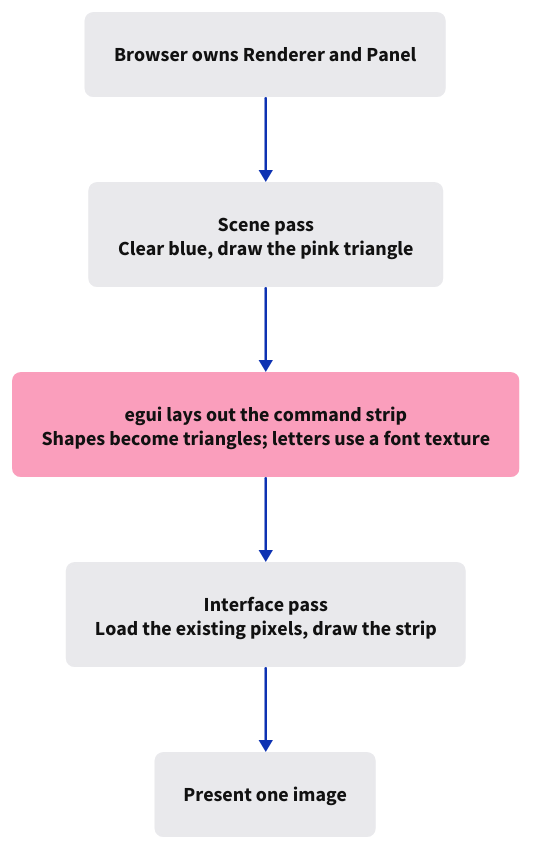
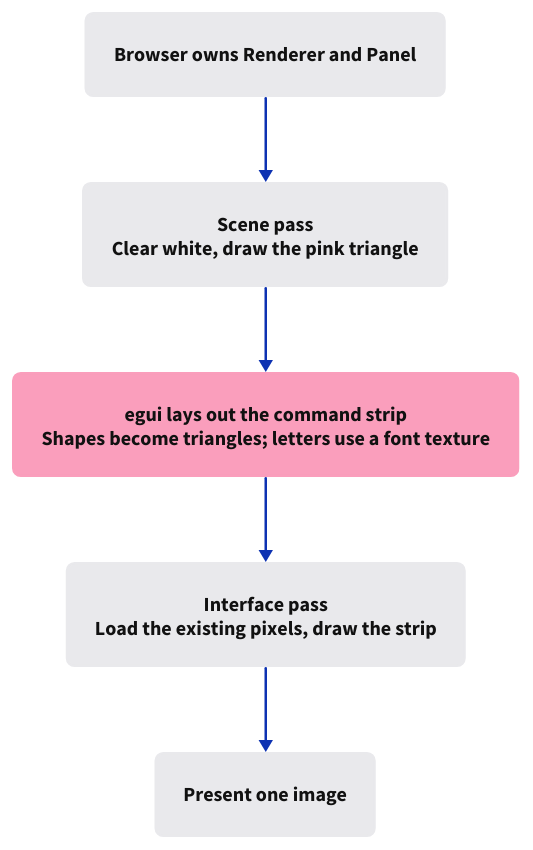
The diagram in session_viewer/docs/diagrams/journey-03a.d2 (petrasvestartas/session), drawn with D2 before and after one commit. The commit also changed 139 other files, not shown here.

```diff
--- a/session_viewer/docs/diagrams/journey-03a.d2
+++ b/session_viewer/docs/diagrams/journey-03a.d2
@@ -1,16 +1,16 @@
 vars: { d2-config: { layout-engine: elk; pad: 20; theme-id: 0 } }
 style: { fill: "#ffffff" }
 classes: {
   box: { style: { fill: "#e9e9ec"; stroke: "#e9e9ec"; border-radius: 6; font-size: 16; font-color: "#111111" } }
   focus: { style: { fill: "#fa9ebc"; stroke: "#fa9ebc"; border-radius: 6; font-size: 16; font-color: "#111111" } }
 }
 direction: down
 owner: "Browser owns Renderer and Panel" {class: box}
-scene: "Scene pass\nClear blue, draw the pink triangle" {class: box}
+scene: "Scene pass\nClear white, draw the pink triangle" {class: box}
 layout: "egui lays out the command strip\nShapes become triangles; letters use a font texture" {class: focus}
 interface: "Interface pass\nLoad the existing pixels, draw the strip" {class: box}
 present: "Present one image" {class: box}
 owner -> scene
 scene -> layout
 layout -> interface
 interface -> present
```
